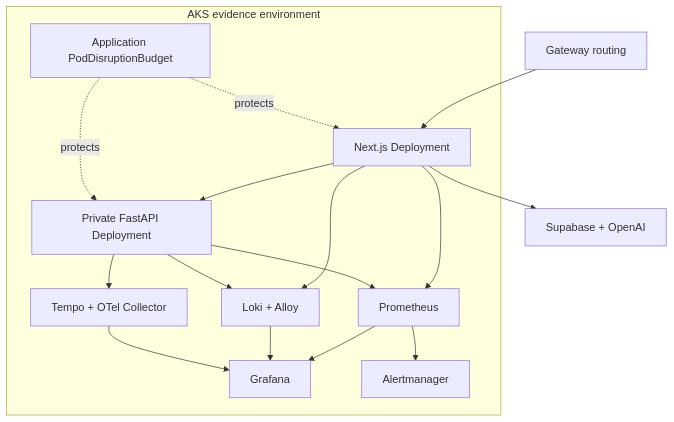
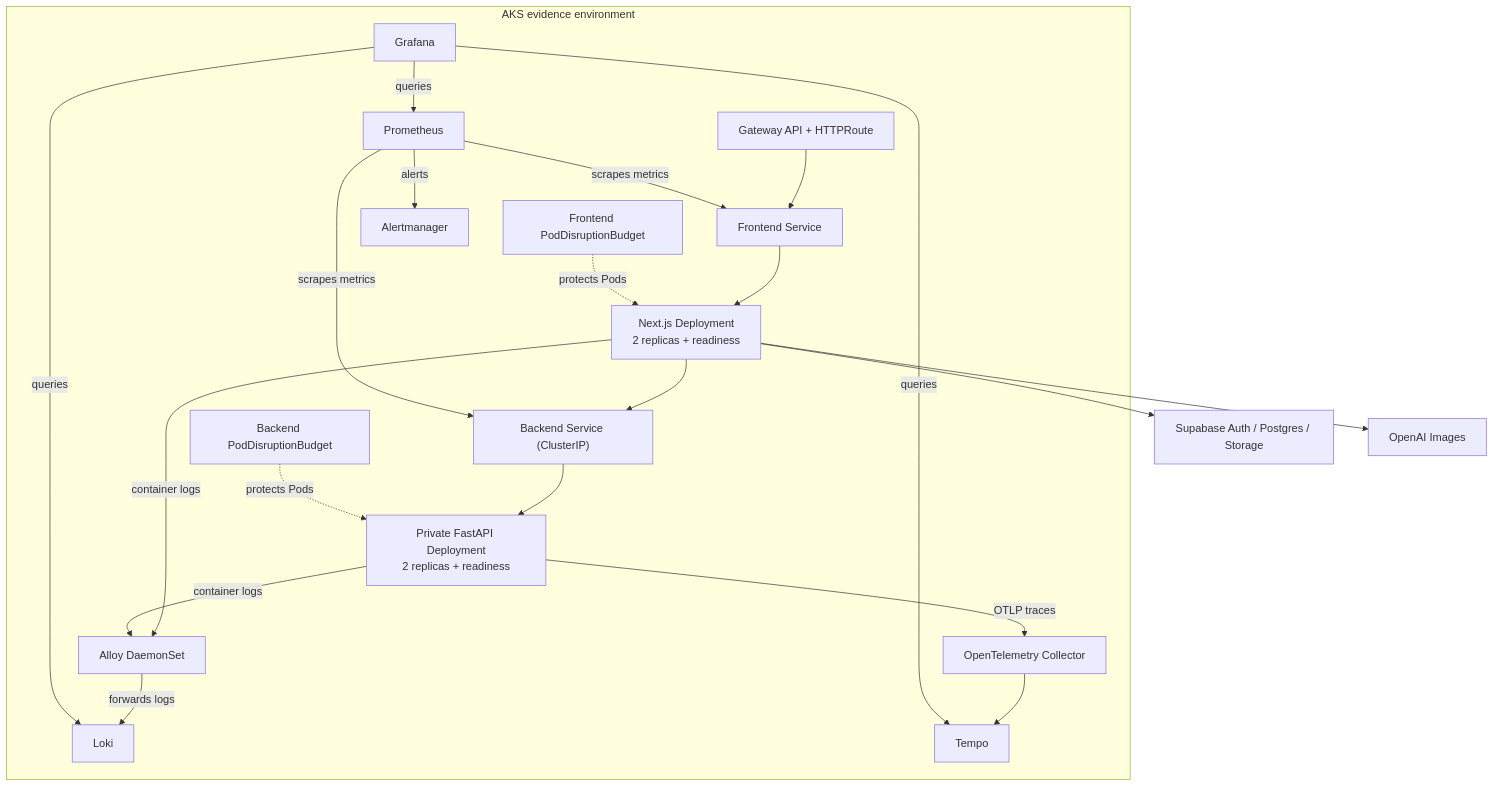
The third of 3 diagrams in docs/technical-case-study.md (hzzcoding/SlowChrome-Showcase), drawn with Mermaid before and after one commit. The commit also changed other lines of this file, not shown here.

Commit message:
docs: correct showcase architecture diagrams

````diff
--- a/docs/technical-case-study.md
+++ b/docs/technical-case-study.md
@@ -131,28 +149,36 @@
 ```mermaid
 flowchart TD
-    gateway["Gateway routing"] --> frontend["Next.js Deployment"]
-    frontend --> backend["Private FastAPI Deployment"]
-    frontend --> external["Supabase + OpenAI"]
+    subgraph cluster["AKS evidence environment"]
+        gateway["Gateway API + HTTPRoute"] --> frontendSvc["Frontend Service"]
+        frontendSvc --> frontend["Next.js Deployment\n2 replicas + readiness"]
+        frontend --> backendSvc["Backend Service (ClusterIP)"]
+        backendSvc --> backend["Private FastAPI Deployment\n2 replicas + readiness"]
 
-    subgraph cluster["AKS evidence environment"]
         frontend
         backend
-        pdb["Application PodDisruptionBudget"]
+        frontendPdb["Frontend PodDisruptionBudget"]
+        backendPdb["Backend PodDisruptionBudget"]
         prom["Prometheus"]
         grafana["Grafana"]
-        loki["Loki + Alloy"]
-        tempo["Tempo + OTel Collector"]
+        alloy["Alloy DaemonSet"]
+        loki["Loki"]
+        collector["OpenTelemetry Collector"]
+        tempo["Tempo"]
         am["Alertmanager"]
-        frontend --> prom
-        backend --> prom
-        frontend --> loki
-        backend --> loki
-        backend --> tempo
+        frontendPdb -. protects Pods .-> frontend
+        backendPdb -. protects Pods .-> backend
+        prom -->|scrapes metrics| frontendSvc
+        prom -->|scrapes metrics| backendSvc
+        frontend -->|container logs| alloy
+        backend -->|container logs| alloy
+        alloy -->|forwards logs| loki
+        backend -->|OTLP traces| collector
+        collector --> tempo
+        grafana -->|queries| prom
+        grafana -->|queries| loki
+        grafana -->|queries| tempo
+        prom -->|alerts| am
     end
-    prom --> grafana
-    loki --> grafana
-    tempo --> grafana
-    prom --> am
-    pdb -. protects .-> frontend
-    pdb -. protects .-> backend
+    frontend --> supabase["Supabase Auth / Postgres / Storage"]
+    frontend --> openai["OpenAI Images"]
 ```
````
